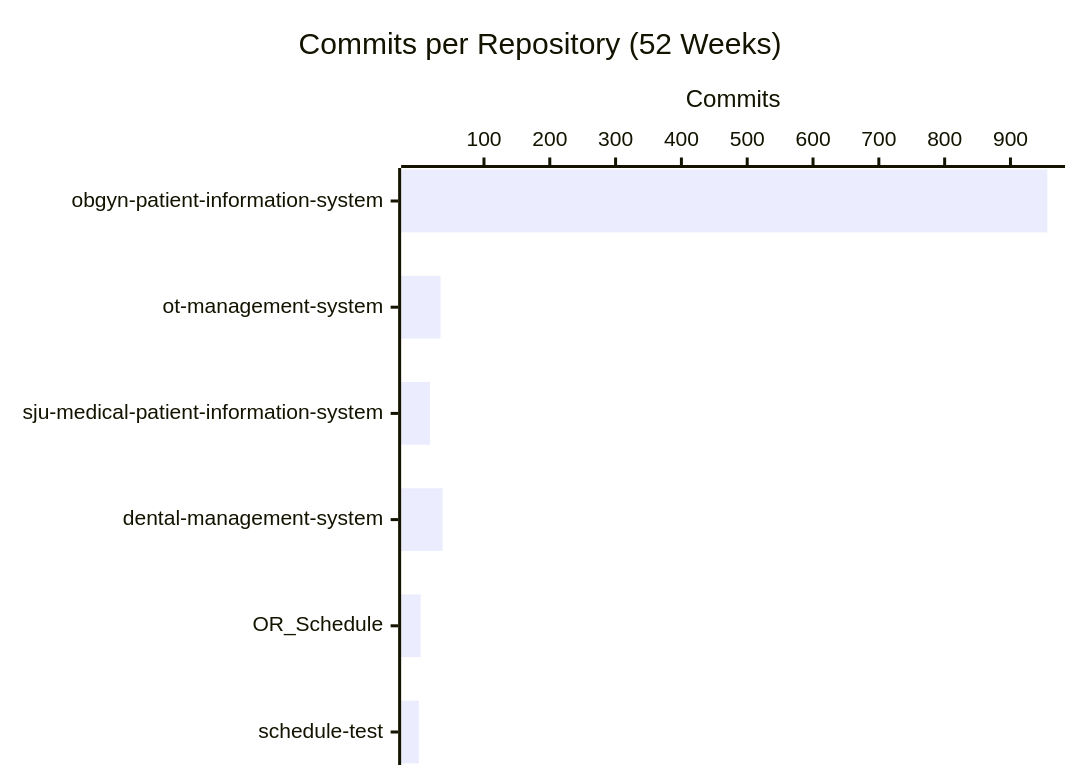
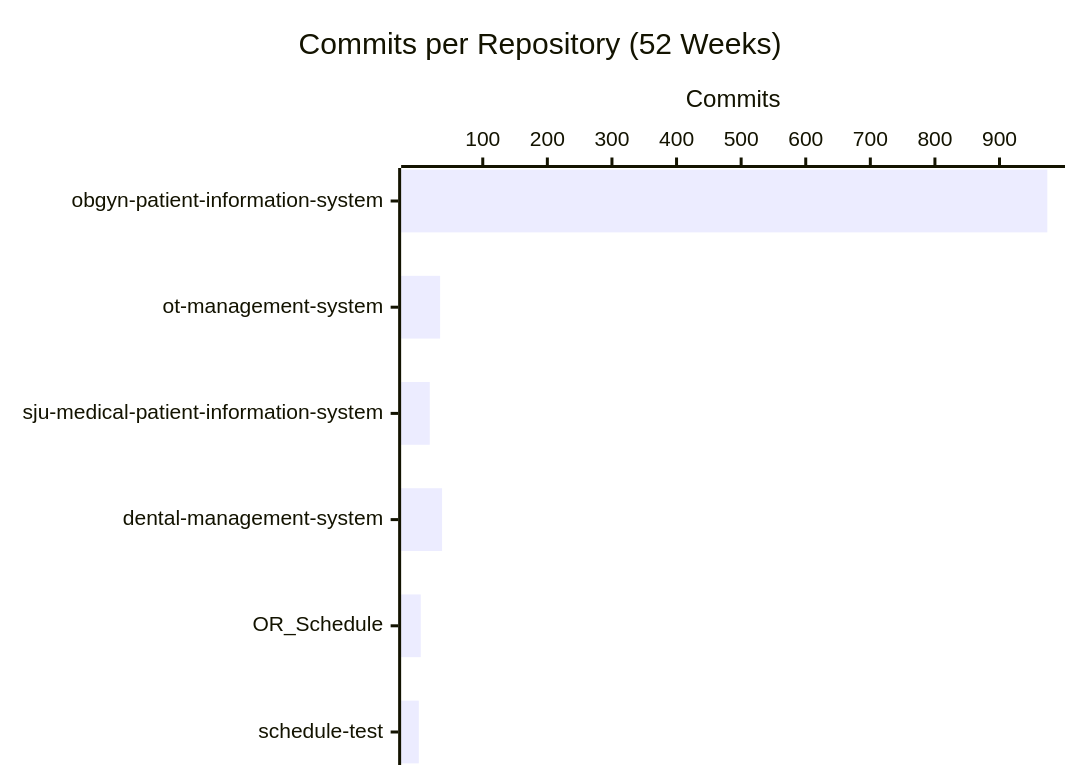
The second of 4 diagrams in profile/README.md (CSTH-Projects/.github), drawn with Mermaid before and after one commit. The commit also changed other lines of this file, not shown here.

````diff
--- a/profile/README.md
+++ b/profile/README.md
@@ -24,7 +24,7 @@
 ```mermaid
 xychart-beta horizontal
     title "Commits per Repository (52 Weeks)"
     x-axis ["obgyn-patient-information-system", "ot-management-system", "sju-medical-patient-information-system", "dental-management-system", "OR_Schedule", "schedule-test"]
     y-axis "Commits"
-    bar [956, 34, 18, 37, 4, 1]
+    bar [974, 34, 18, 37, 4, 1]
 ```
````
